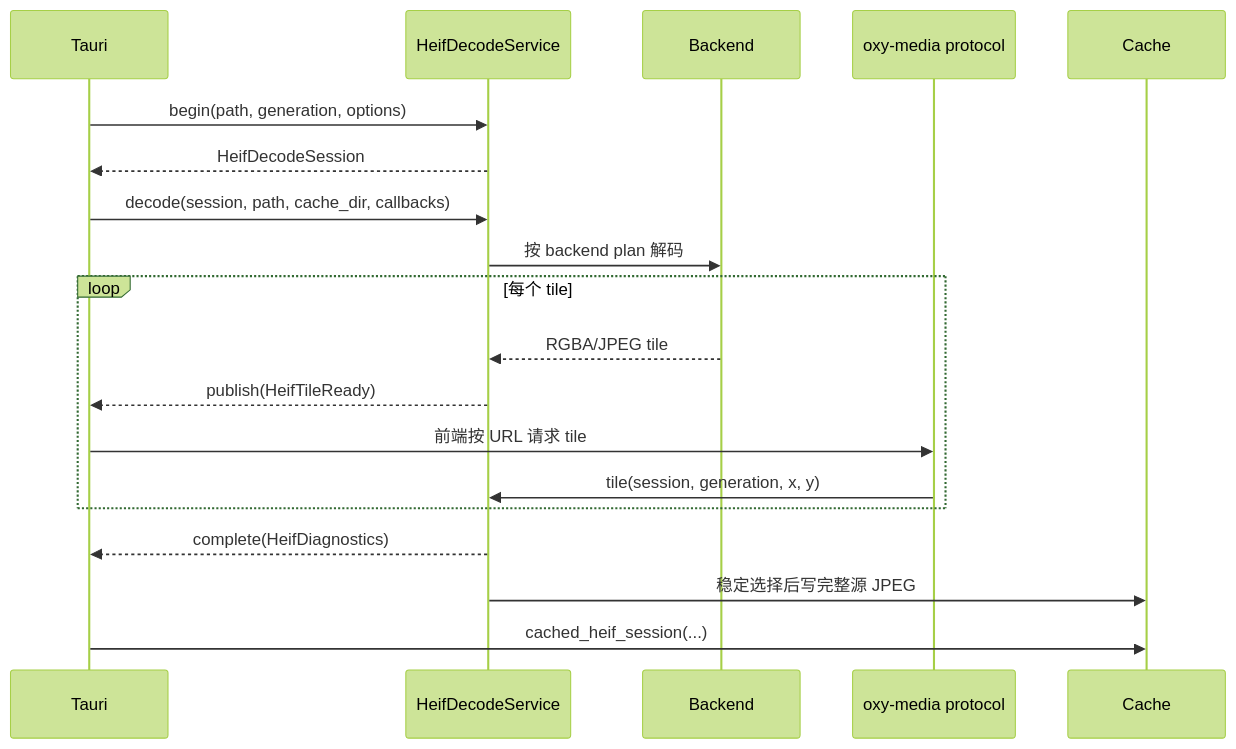
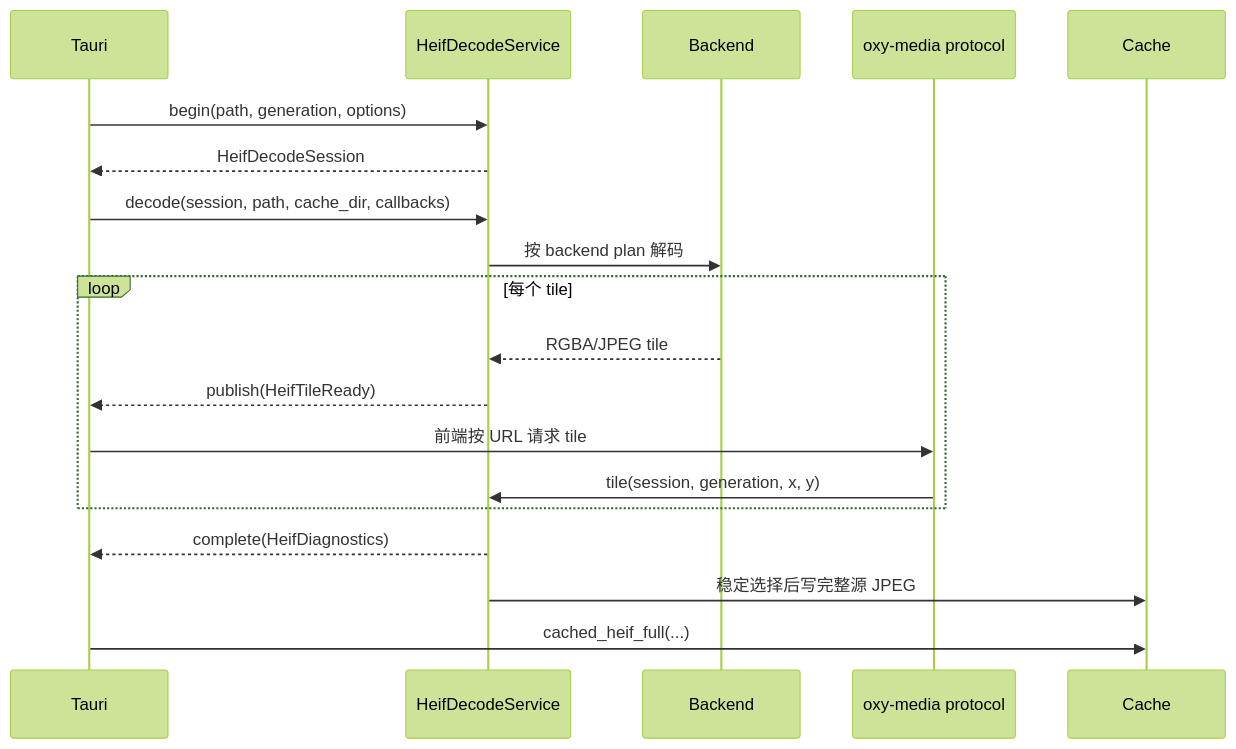
Before and after one commit to oxygenkun/oxyviewer: the second of 2 diagrams in crates/oxy-media/README.md, drawn with Mermaid (forest theme). The commit also changed other lines of this file and 23 other files, not shown here.

````diff
--- a/crates/oxy-media/README.md
+++ b/crates/oxy-media/README.md
@@ -237,22 +223,22 @@
 ```mermaid
 sequenceDiagram
     participant Tauri
     participant Service as HeifDecodeService
     participant Backend
     participant Protocol as oxy-media protocol
     participant Cache
 
     Tauri->>Service: begin(path, generation, options)
     Service-->>Tauri: HeifDecodeSession
     Tauri->>Service: decode(session, path, cache_dir, callbacks)
     Service->>Backend: 按 backend plan 解码
     loop 每个 tile
         Backend-->>Service: RGBA/JPEG tile
         Service-->>Tauri: publish(HeifTileReady)
         Tauri->>Protocol: 前端按 URL 请求 tile
         Protocol->>Service: tile(session, generation, x, y)
     end
     Service-->>Tauri: complete(HeifDiagnostics)
     Service->>Cache: 稳定选择后写完整源 JPEG
-    Tauri->>Cache: cached_heif_session(...)
+    Tauri->>Cache: cached_heif_full(...)
 ```
````
